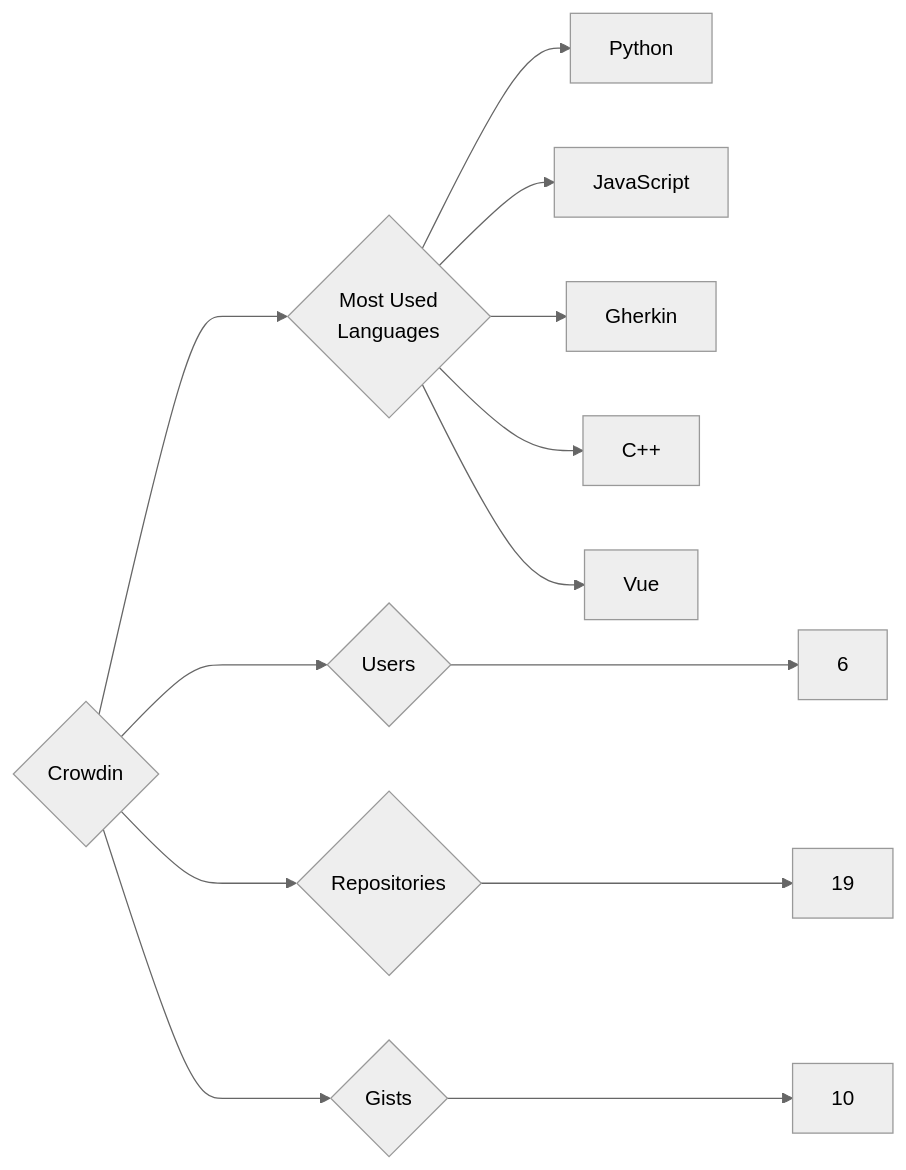
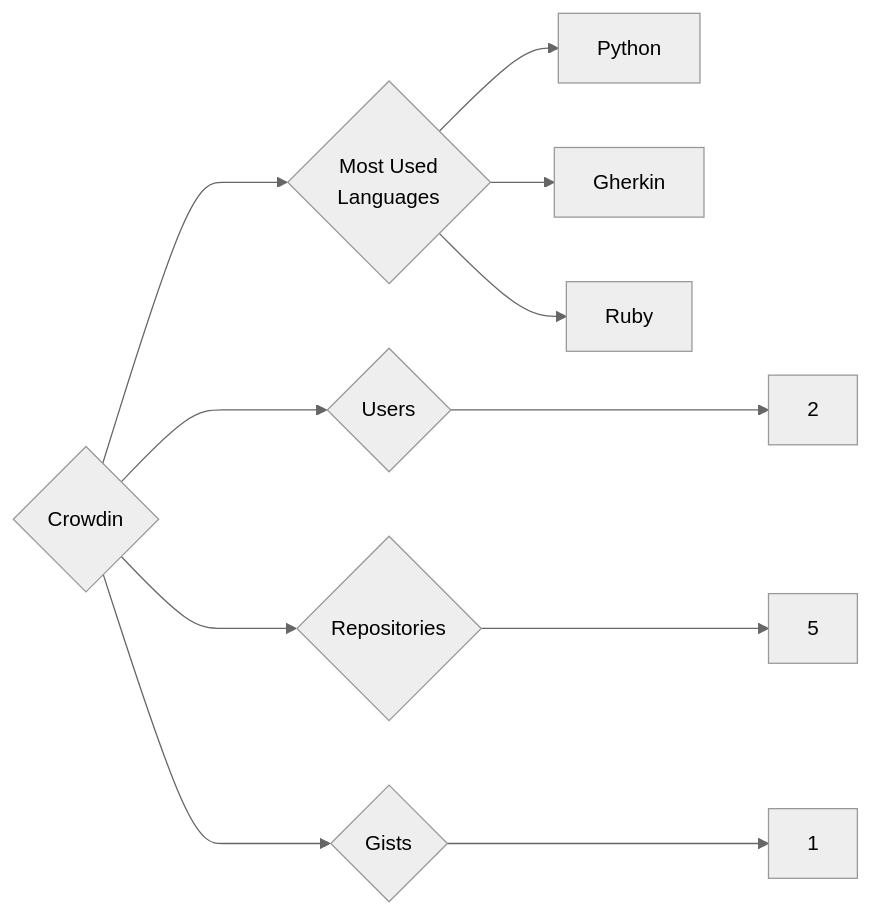
Before and after one commit to trickest/insiders: the diagram in targets/Crowdin/README.md, drawn with Mermaid (neutral theme). The commit also changed 838 other files, not shown here.

````diff
--- a/targets/Crowdin/README.md
+++ b/targets/Crowdin/README.md
@@ -3,13 +3,11 @@
 ```mermaid
 graph LR
 COMPANY_NAME{Crowdin}
-COMPANY_NAME ---> U{Users} ---> UN[6]
-COMPANY_NAME ---> R{Repositories} ---> RN[19]
-COMPANY_NAME ---> G{Gists} ---> GN[10]
+COMPANY_NAME ---> U{Users} ---> UN[2]
+COMPANY_NAME ---> R{Repositories} ---> RN[5]
+COMPANY_NAME ---> G{Gists} ---> GN[1]
 COMPANY_NAME ---> ML{Most Used<br>Languages}
 ML --> Python[Python]
-ML --> JavaScript[JavaScript]
 ML --> Gherkin[Gherkin]
-ML --> C++[C++]
-ML --> Vue[Vue]
+ML --> Ruby[Ruby]
 ```
````
